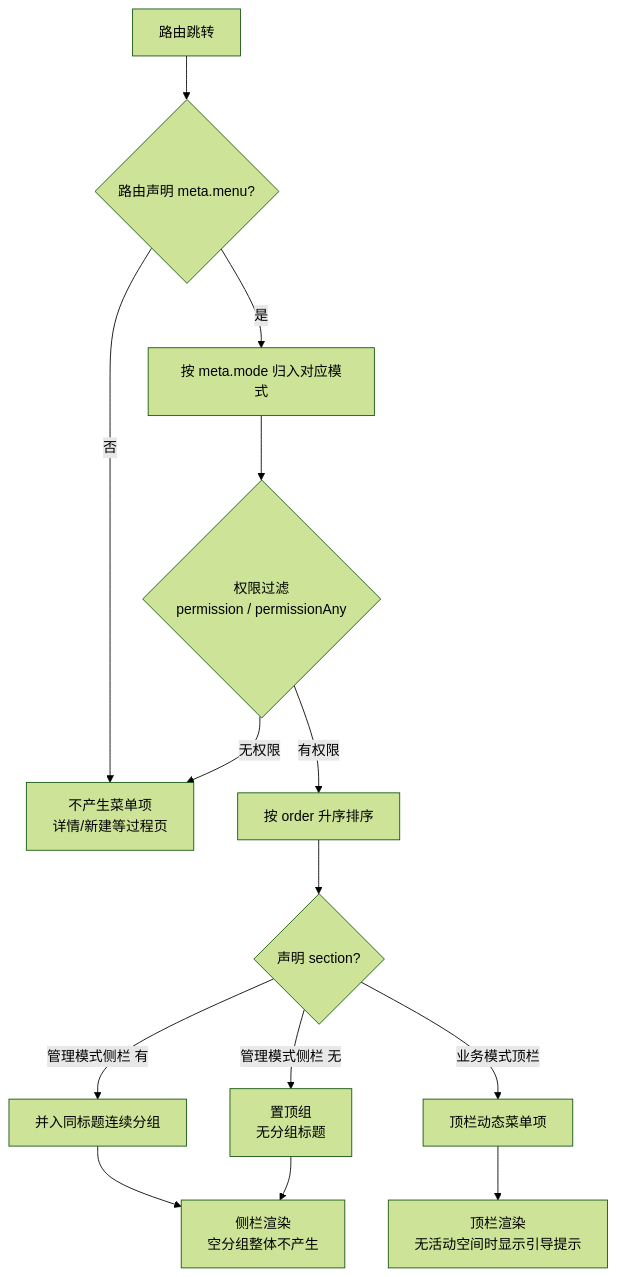
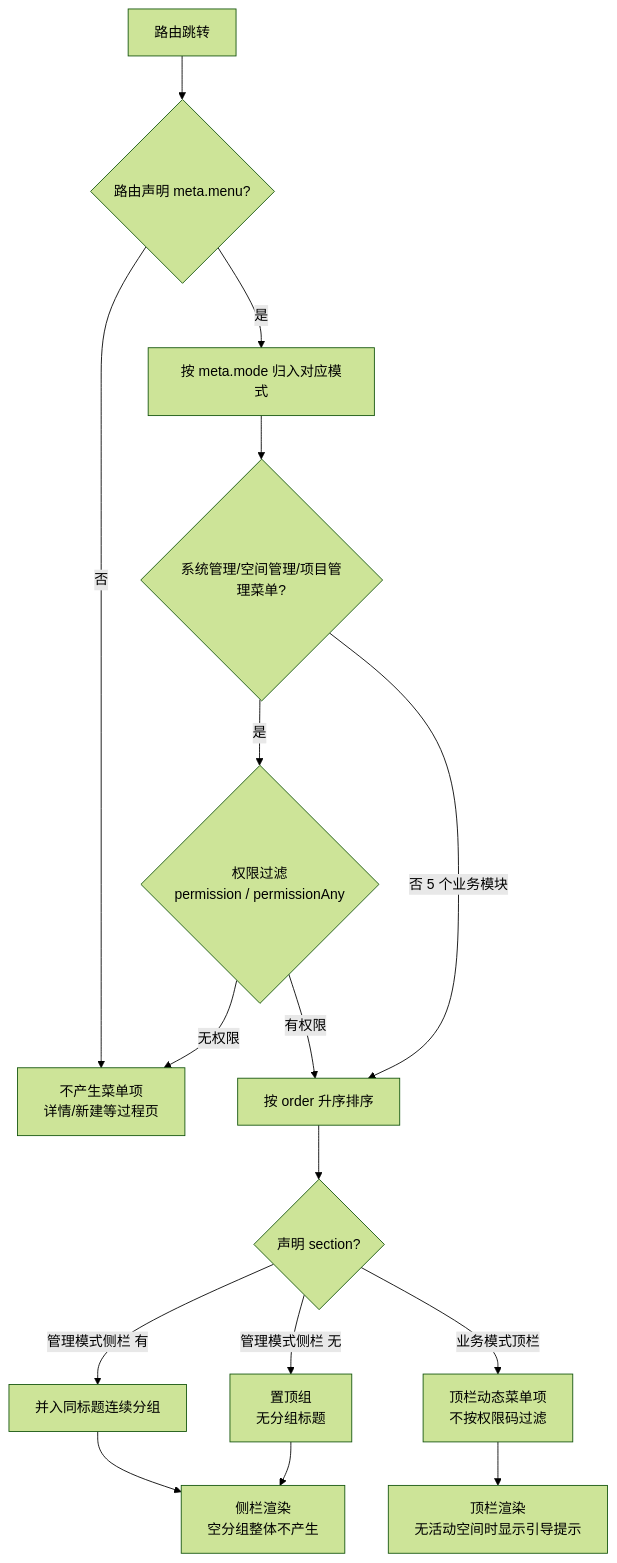
One commit to XiaoMiSum/robotest changed the first of 2 diagrams in docs/03-architecture/03-navigation-architecture.md. Above: the diagram before and after it, drawn with Mermaid (forest theme). The commit also changed other lines of this file and 105 other files, not shown here.

````diff
--- a/docs/03-architecture/03-navigation-architecture.md
+++ b/docs/03-architecture/03-navigation-architecture.md
@@ -96,16 +98,18 @@
 ```mermaid
 flowchart TD
     A[路由跳转] --> B{路由声明 meta.menu?}
     B -- 否 --> C[不产生菜单项<br/>详情/新建等过程页]
     B -- 是 --> D[按 meta.mode 归入对应模式]
-    D --> E{权限过滤<br/>permission / permissionAny}
-    E -- 无权限 --> C
-    E -- 有权限 --> F[按 order 升序排序]
-    F --> G{声明 section?}
-    G -->|管理模式侧栏 有| H[并入同标题连续分组]
-    G -->|管理模式侧栏 无| I[置顶组<br/>无分组标题]
-    G -->|业务模式顶栏| J[顶栏动态菜单项]
-    H --> K[侧栏渲染<br/>空分组整体不产生]
-    I --> K
-    J --> L[顶栏渲染<br/>无活动空间时显示引导提示]
+    D --> E{系统管理/空间管理/项目管理菜单?}
+    E -->|是| F{权限过滤<br/>permission / permissionAny}
+    F -->|无权限| C
+    F -->|有权限| G[按 order 升序排序]
+    E -->|否 5 个业务模块| G
+    G --> H{声明 section?}
+    H -->|管理模式侧栏 有| I[并入同标题连续分组]
+    H -->|管理模式侧栏 无| J[置顶组<br/>无分组标题]
+    H -->|业务模式顶栏| K[顶栏动态菜单项<br/>不按权限码过滤]
+    I --> L[侧栏渲染<br/>空分组整体不产生]
+    J --> L
+    K --> M[顶栏渲染<br/>无活动空间时显示引导提示]
 ```
````
